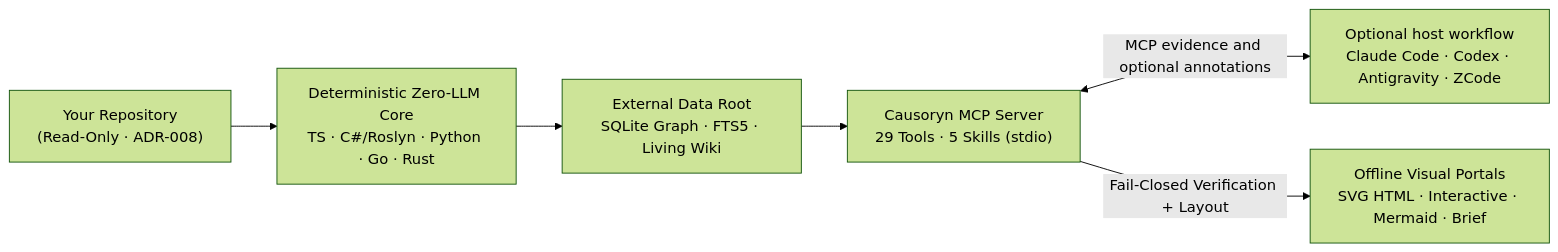
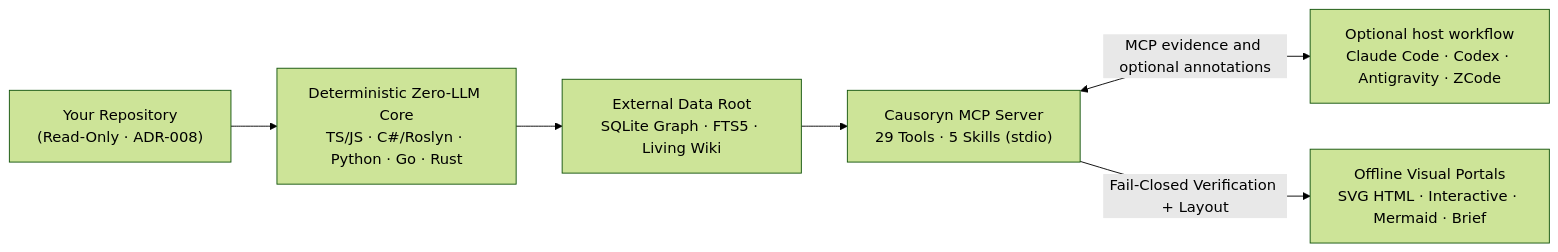
The diagram in README.md (MrBekoX/Causoryn), drawn with Mermaid (forest theme) before and after one commit. The commit also changed other lines of this file and 90 other files, not shown here.

````diff
--- a/README.md
+++ b/README.md
@@ -32,8 +32,8 @@
 ```mermaid
 flowchart LR
-  WS["Your Repository<br/>(Read-Only · ADR-008)"] --> AN["Deterministic Zero-LLM Core<br/>TS · C#/Roslyn · Python · Go · Rust"]
+  WS["Your Repository<br/>(Read-Only · ADR-008)"] --> AN["Deterministic Zero-LLM Core<br/>TS/JS · C#/Roslyn · Python · Go · Rust"]
   AN --> DB["External Data Root<br/>SQLite Graph · FTS5 · Living Wiki"]
   DB --> MCP["Causoryn MCP Server<br/>29 Tools · 5 Skills (stdio)"]
   MCP <-->|"MCP evidence and optional annotations"| AGENT["Optional host workflow<br/>Claude Code · Codex · Antigravity · ZCode"]
   MCP -->|"Fail-Closed Verification + Layout"| PORTAL["Offline Visual Portals<br/>SVG HTML · Interactive · Mermaid · Brief"]
 ```
````
